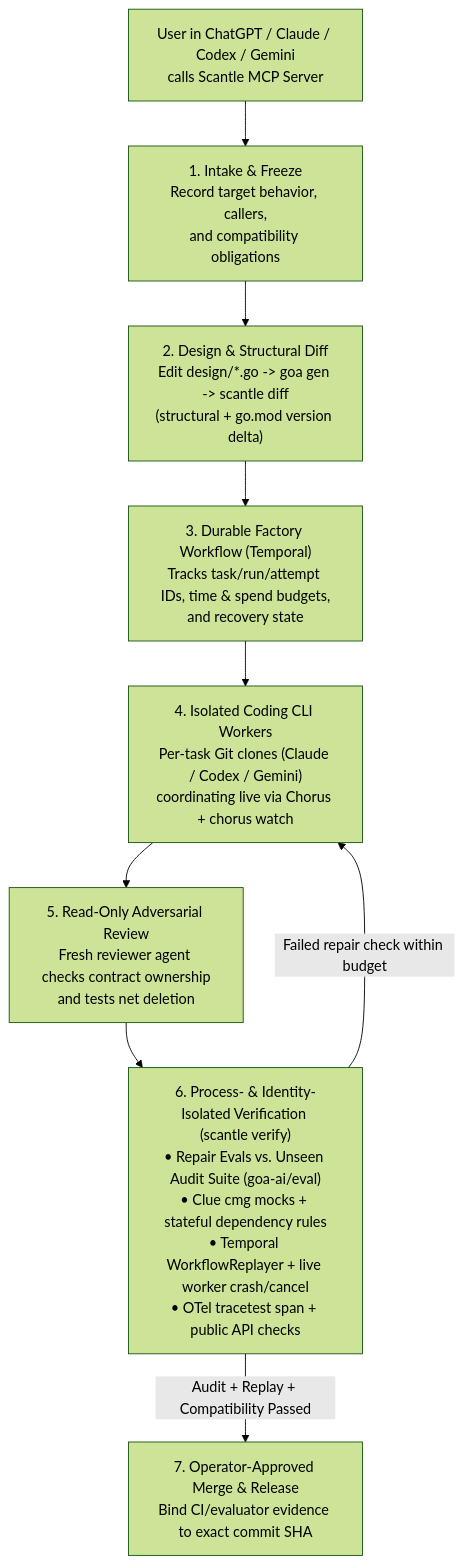
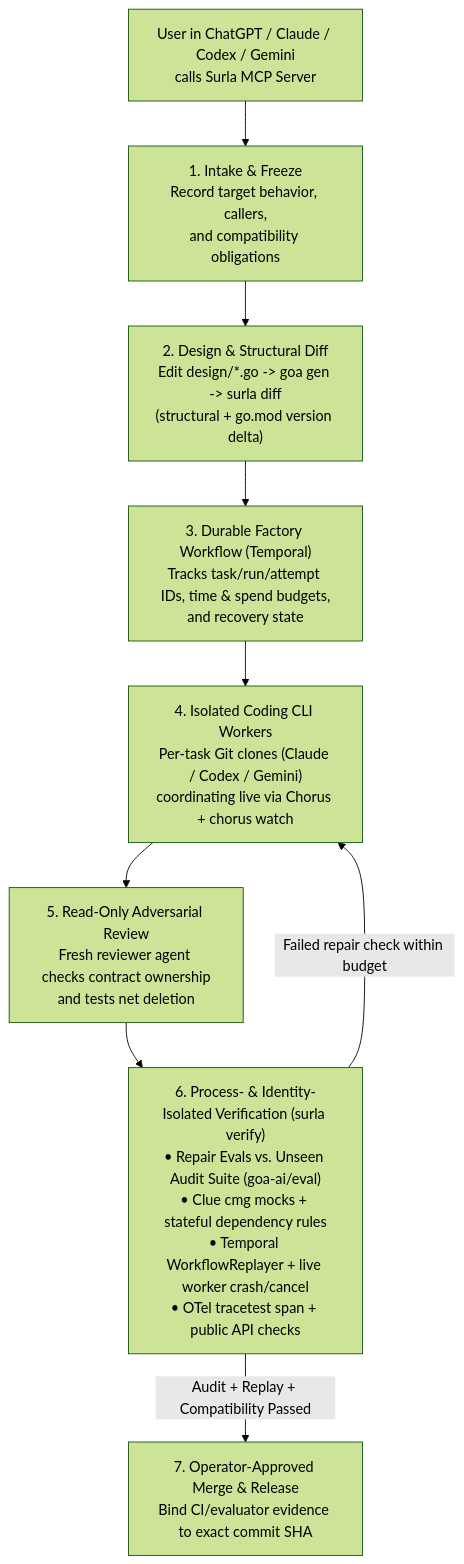
Before and after one commit to goadesign/scantle: the third of 3 diagrams in PROPOSAL.md, drawn with Mermaid (forest theme). The commit also changed other lines of this file and 15 other files, not shown here.

````diff
--- a/PROPOSAL.md
+++ b/PROPOSAL.md
@@ -214,11 +214,11 @@
 ```mermaid
 flowchart TD
-    MCP["User in ChatGPT / Claude / Codex / Gemini\ncalls Scantle MCP Server"] --> Intake["1. Intake & Freeze\nRecord target behavior, callers,\nand compatibility obligations"]
-    Intake --> Design["2. Design & Structural Diff\nEdit design/*.go -> goa gen -> scantle diff\n(structural + go.mod version delta)"]
+    MCP["User in ChatGPT / Claude / Codex / Gemini\ncalls Surla MCP Server"] --> Intake["1. Intake & Freeze\nRecord target behavior, callers,\nand compatibility obligations"]
+    Intake --> Design["2. Design & Structural Diff\nEdit design/*.go -> goa gen -> surla diff\n(structural + go.mod version delta)"]
     Design --> Orchestrator["3. Durable Factory Workflow (Temporal)\nTracks task/run/attempt IDs, time & spend budgets,\nand recovery state"]
     Orchestrator --> Builders["4. Isolated Coding CLI Workers\nPer-task Git clones (Claude / Codex / Gemini)\ncoordinating live via Chorus + chorus watch"]
     Builders --> Review["5. Read-Only Adversarial Review\nFresh reviewer agent checks contract ownership\nand tests net deletion"]
-    Review --> Verify["6. Process- & Identity-Isolated Verification (scantle verify)\n• Repair Evals vs. Unseen Audit Suite (goa-ai/eval)\n• Clue cmg mocks + stateful dependency rules\n• Temporal WorkflowReplayer + live worker crash/cancel\n• OTel tracetest span + public API checks"]
+    Review --> Verify["6. Process- & Identity-Isolated Verification (surla verify)\n• Repair Evals vs. Unseen Audit Suite (goa-ai/eval)\n• Clue cmg mocks + stateful dependency rules\n• Temporal WorkflowReplayer + live worker crash/cancel\n• OTel tracetest span + public API checks"]
     Verify -->|Failed repair check within budget| Builders
     Verify -->|Audit + Replay + Compatibility Passed| Release["7. Operator-Approved Merge & Release\nBind CI/evaluator evidence to exact commit SHA"]
 ```
````
